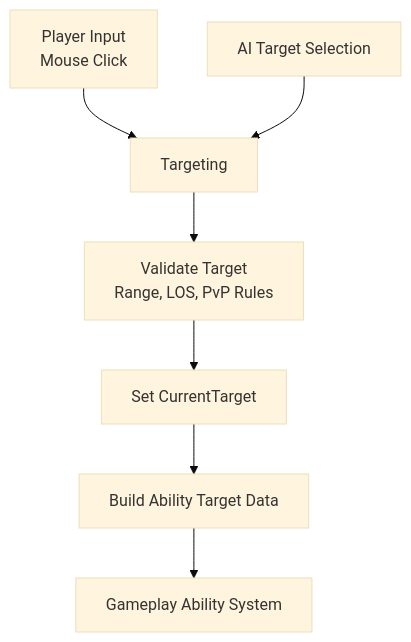
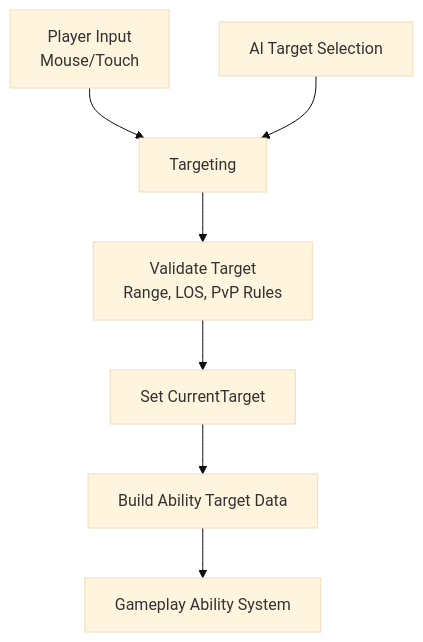
One commit to maximoh-mmo/PortfolioTutorial changed the diagram in Docs/Gameplay/Targeting_System.md. Above: the diagram before and after it, drawn with Mermaid (base theme). The commit also changed 29 other files, not shown here.

````diff
--- a/Docs/Gameplay/Targeting_System.md
+++ b/Docs/Gameplay/Targeting_System.md
@@ -53,11 +53,11 @@
 ```mermaid
 flowchart TD
-    Input[Player Input<br/>Mouse Click] --> Targeting
+    Input[Player Input<br/>Mouse/Touch] --> Targeting
     AI[AI Target Selection] --> Targeting
 
     Targeting --> Validate[Validate Target<br/>Range, LOS, PvP Rules]
     Validate --> CurrentTarget[Set CurrentTarget]
 
     CurrentTarget --> AbilityData[Build Ability Target Data]
     AbilityData --> GAS[Gameplay Ability System]
 ```
````
